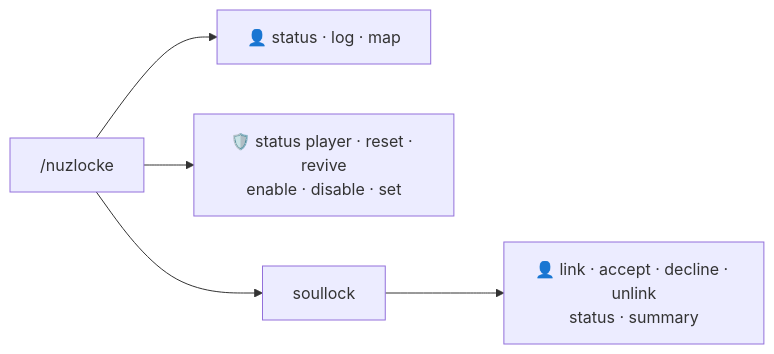
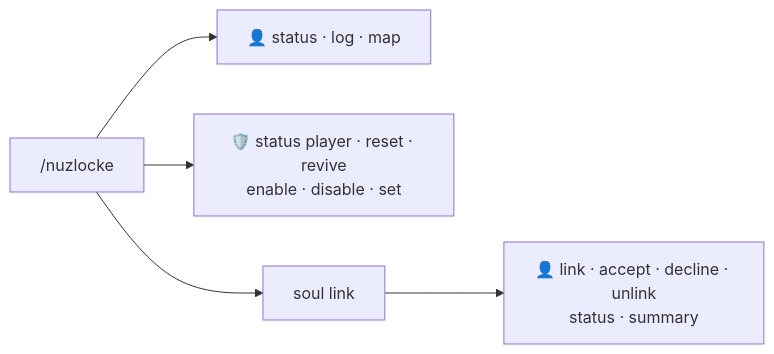
One commit to manucruzleiva/mod-wiki changed the diagram in docs/nuzlocke/commands.md. Above: the diagram before and after it, drawn with Mermaid. The commit also changed other lines of this file and 14 other files, not shown here.

First line of the commit message:
Soullock pasa a llamarse Soul Link

````diff
--- a/docs/nuzlocke/commands.md
+++ b/docs/nuzlocke/commands.md
@@ -10,7 +10,7 @@
 ```mermaid
 flowchart LR
     N["/nuzlocke"] --> NP[👤 status · log · map]
     N --> NO[🛡️ status player · reset · revive<br/>enable · disable · set]
-    N --> S[soullock]
+    N --> S[soul link]
     S --> SP[👤 link · accept · decline · unlink<br/>status · summary]
 ```
````
